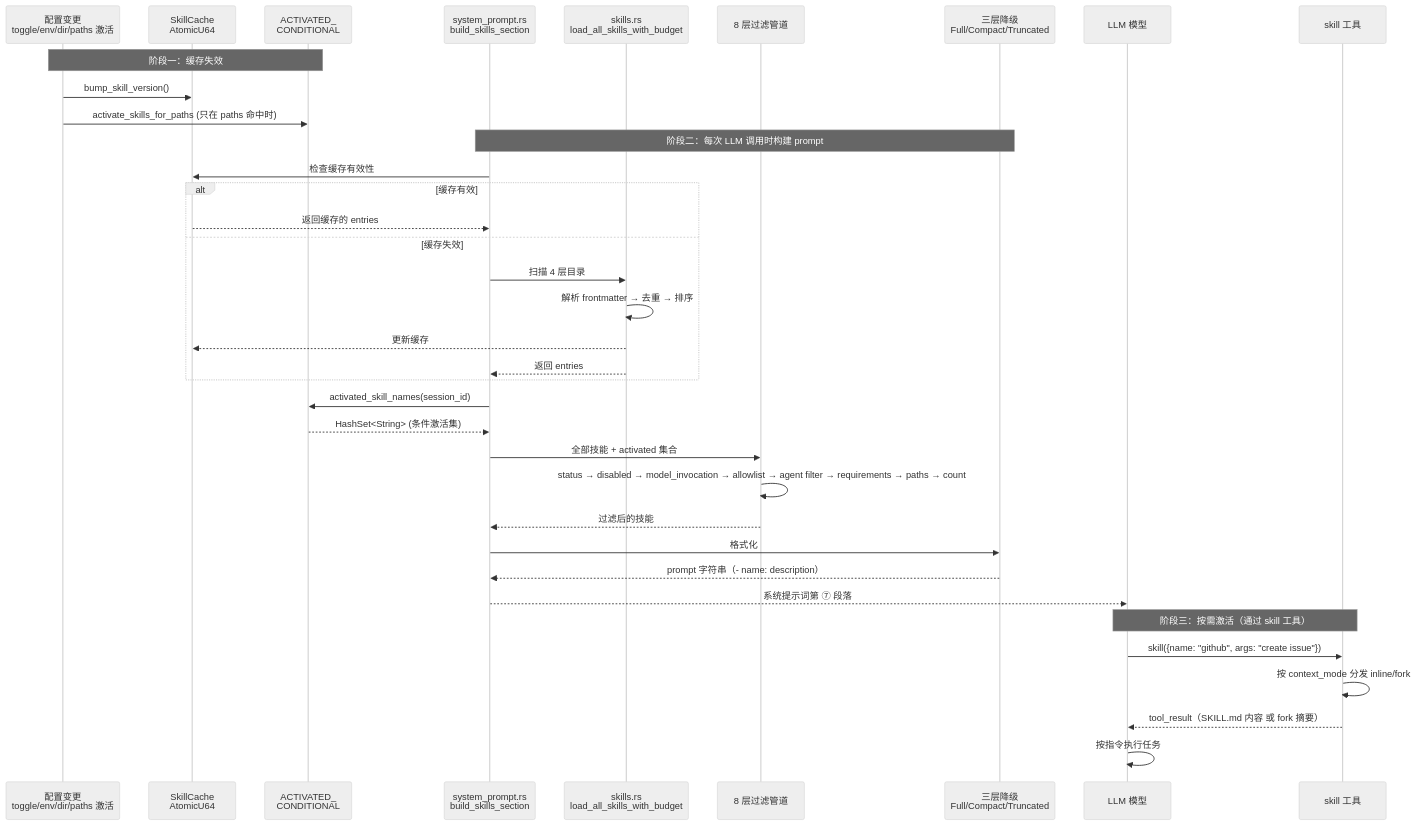
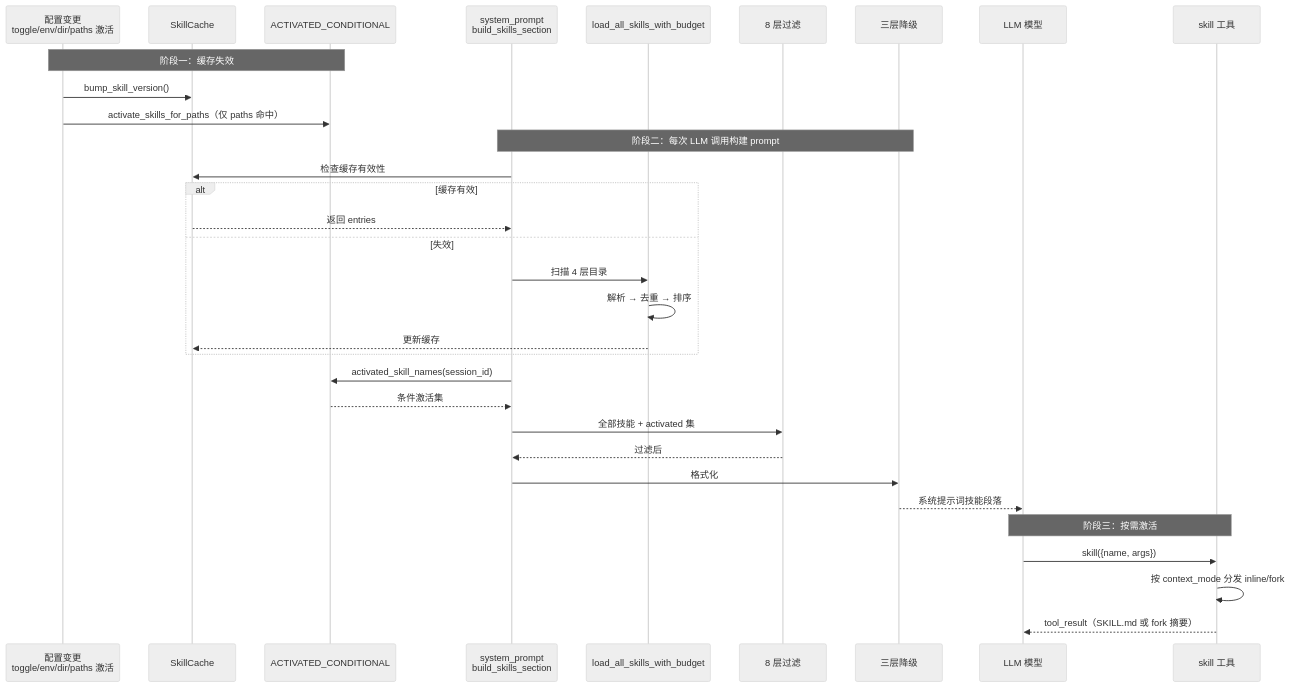
One commit to shiwenwen/hope-agent changed diagram 18 of 19 in docs/architecture/skill-system.md. Above: the diagram before and after it, drawn with Mermaid (neutral theme). The commit also changed other lines of this file, not shown here.

First line of the commit message:
🦭docs: 巨无霸 skill-system（2123 行）按新标准重做

````diff
--- a/docs/architecture/skill-system.md
+++ b/docs/architecture/skill-system.md
@@ -1598,45 +1256,37 @@
 ```mermaid
 sequenceDiagram
     participant CFG as 配置变更<br/>toggle/env/dir/paths 激活
-    participant CACHE as SkillCache<br/>AtomicU64
-    participant ACT as ACTIVATED_<br/>CONDITIONAL
-    participant SP as system_prompt.rs<br/>build_skills_section
-    participant LOAD as skills.rs<br/>load_all_skills_with_budget
-    participant FILTER as 8 层过滤管道
-    participant BUDGET as 三层降级<br/>Full/Compact/Truncated
+    participant CACHE as SkillCache
+    participant ACT as ACTIVATED_CONDITIONAL
+    participant SP as system_prompt<br/>build_skills_section
+    participant LOAD as load_all_skills_with_budget
+    participant FILTER as 8 层过滤
+    participant BUDGET as 三层降级
     participant LLM as LLM 模型
     participant SKTOOL as skill 工具
 
     Note over CFG,ACT: 阶段一：缓存失效
     CFG->>CACHE: bump_skill_version()
-    CFG->>ACT: activate_skills_for_paths (只在 paths 命中时)
+    CFG->>ACT: activate_skills_for_paths（仅 paths 命中）
 
-    Note over SP,BUDGET: 阶段二：每次 LLM 调用时构建 prompt
+    Note over SP,BUDGET: 阶段二：每次 LLM 调用构建 prompt
     SP->>CACHE: 检查缓存有效性
     alt 缓存有效
-        CACHE-->>SP: 返回缓存的 entries
-    else 缓存失效
+        CACHE-->>SP: 返回 entries
+    else 失效
         SP->>LOAD: 扫描 4 层目录
-        LOAD->>LOAD: 解析 frontmatter → 去重 → 排序
+        LOAD->>LOAD: 解析 → 去重 → 排序
         LOAD-->>CACHE: 更新缓存
-        LOAD-->>SP: 返回 entries
     end
+    SP->>ACT: activated_skill_names(session_id)
+    ACT-->>SP: 条件激活集
+    SP->>FILTER: 全部技能 + activated 集
+    FILTER-->>SP: 过滤后
+    SP->>BUDGET: 格式化
+    BUDGET-->>LLM: 系统提示词技能段落
 
-    SP->>ACT: activated_skill_names(session_id)
-    ACT-->>SP: HashSet<String> (条件激活集)
-
-    SP->>FILTER: 全部技能 + activated 集合
-    FILTER->>FILTER: status → disabled → model_invocation → allowlist → agent filter → requirements → paths → count
-    FILTER-->>SP: 过滤后的技能
-
-    SP->>BUDGET: 格式化
-    BUDGET-->>SP: prompt 字符串（- name: description）
-
-    SP-->>LLM: 系统提示词第 ⑦ 段落
-
-    Note over LLM,SKTOOL: 阶段三：按需激活（通过 skill 工具）
-    LLM->>SKTOOL: skill({name: "github", args: "create issue"})
+    Note over LLM,SKTOOL: 阶段三：按需激活
+    LLM->>SKTOOL: skill({name, args})
     SKTOOL->>SKTOOL: 按 context_mode 分发 inline/fork
-    SKTOOL-->>LLM: tool_result（SKILL.md 内容 或 fork 摘要）
-    LLM->>LLM: 按指令执行任务
+    SKTOOL-->>LLM: tool_result（SKILL.md 或 fork 摘要）
 ```
````
